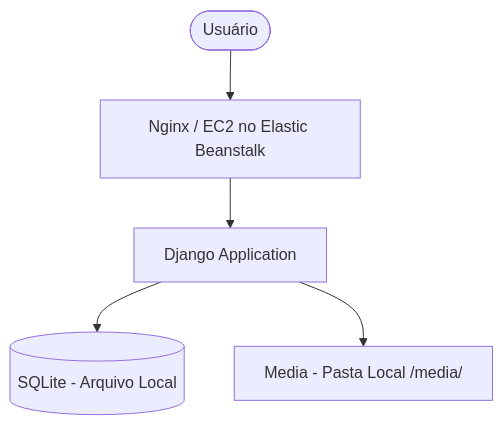
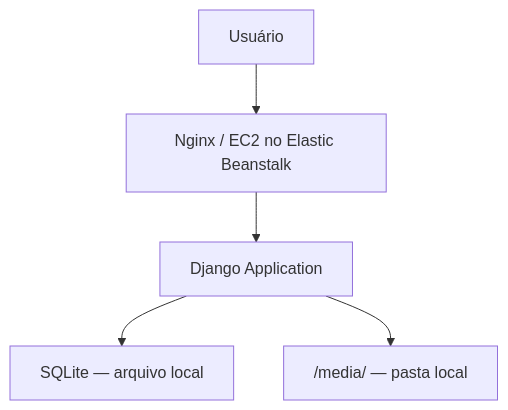
The first of 2 diagrams in README.md (JoaoPedrodev07/Catalogo-Produtos-API-Rest), drawn with Mermaid before and after one commit. The commit also changed other lines of this file and 8 other files, not shown here.

````diff
--- a/README.md
+++ b/README.md
@@ -49,7 +52,7 @@
 ```mermaid
 graph TD
-    User([Usuário]) --> Nginx[Nginx / EC2 no Elastic Beanstalk]
-    Nginx --> Django[Django Application]
-    Django --> SQLite[(SQLite - Arquivo Local)]
-    Django --> Media[Media - Pasta Local /media/]
+  User["Usuário"] --> EB["Nginx / EC2 no Elastic Beanstalk"]
+  EB --> Django["Django Application"]
+  Django --> SQLite["SQLite — arquivo local"]
+  Django --> Media["/media/ — pasta local"]
 ```
````
